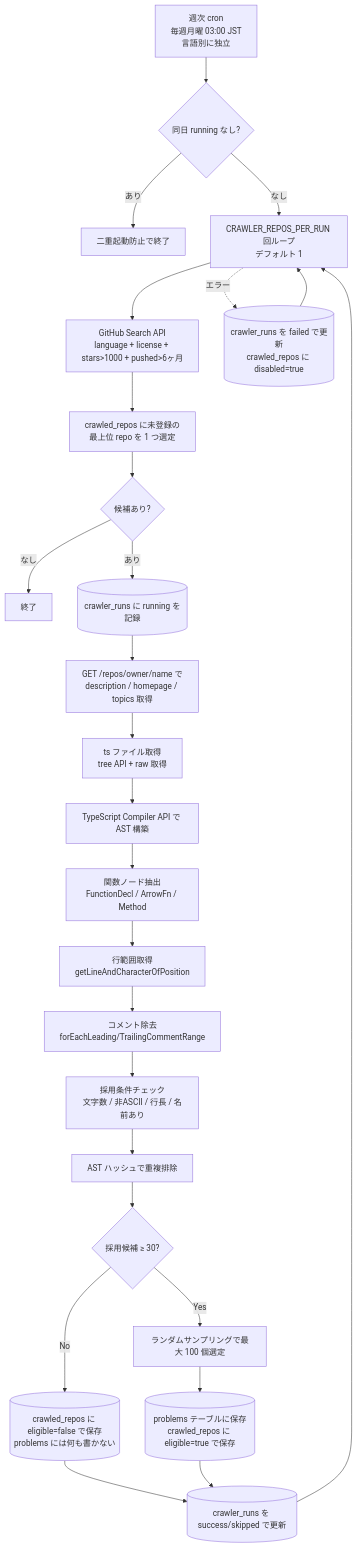
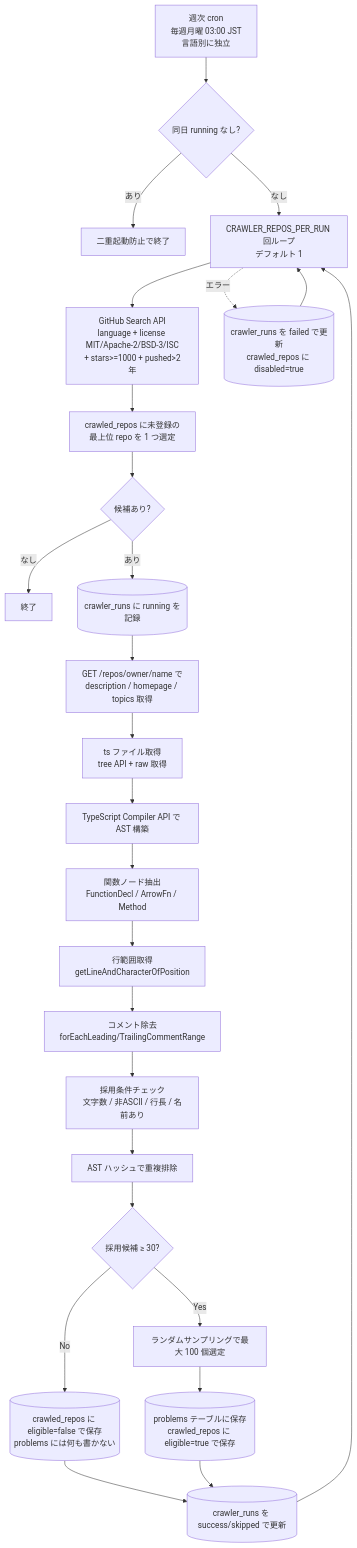
Before and after one commit to kentakki416/typing-royale: the first of 2 diagrams in docs/spec/problem-pool/README.md, drawn with Mermaid. The commit also changed other lines of this file and 3 other files, not shown here.

````diff
--- a/docs/spec/problem-pool/README.md
+++ b/docs/spec/problem-pool/README.md
@@ -380,29 +407,29 @@
 ```mermaid
 flowchart TD
     Cron[週次 cron<br/>毎週月曜 03:00 JST<br/>言語別に独立] --> Check{同日 running なし?}
     Check -->|あり| Skip0[二重起動防止で終了]
     Check -->|なし| Loop[CRAWLER_REPOS_PER_RUN 回ループ<br/>デフォルト 1]
-    Loop --> Search[GitHub Search API<br/>language + license + stars>1000 + pushed>6ヶ月]
+    Loop --> Search[GitHub Search API<br/>language + license MIT/Apache-2/BSD-3/ISC<br/>+ stars>=1000 + pushed>2年]
     Search --> Pick[crawled_repos に未登録の<br/>最上位 repo を 1 つ選定]
     Pick --> None{候補あり?}
     None -->|なし| End[終了]
     None -->|あり| RunStart[(crawler_runs に running を記録)]
     RunStart --> Meta[GET /repos/owner/name で<br/>description / homepage / topics 取得]
     Meta --> Files[ts ファイル取得<br/>tree API + raw 取得]
     Files --> AST[TypeScript Compiler API で AST 構築]
     AST --> Extract[関数ノード抽出<br/>FunctionDecl / ArrowFn / Method]
     Extract --> Lines[行範囲取得<br/>getLineAndCharacterOfPosition]
     Lines --> StripComment[コメント除去<br/>forEachLeading/TrailingCommentRange]
     StripComment --> Filter[採用条件チェック<br/>文字数 / 非ASCII / 行長 / 名前あり]
     Filter --> Dedup[AST ハッシュで重複排除]
     Dedup --> Count{採用候補 ≥ 30?}
     Count -->|No| EligNg[(crawled_repos に eligible=false で保存<br/>problems には何も書かない)]
     Count -->|Yes| Sample[ランダムサンプリングで最大 100 個選定]
     Sample --> Save[(problems テーブルに保存<br/>crawled_repos に eligible=true で保存)]
     EligNg --> RunEnd[(crawler_runs を success/skipped で更新)]
     Save --> RunEnd
     RunEnd --> Loop
 
     Loop -.->|エラー| Fail[(crawler_runs を failed で更新<br/>crawled_repos に disabled=true)]
     Fail --> Loop
 ```
````
